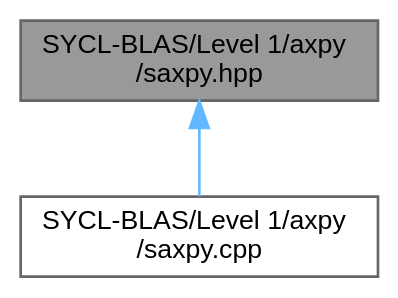
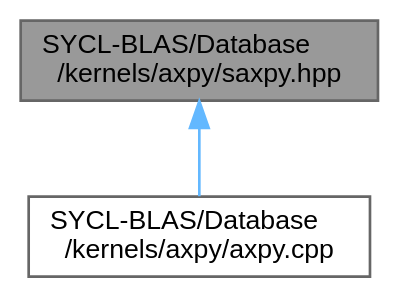
Before and after one commit to Mayukh-Banik/SYCL-BLAS: the diagram in docs/saxpy_8hpp__dep__incl.dot, drawn with Graphviz. The commit also changed 261 other files, not shown here.

```diff
--- a/docs/saxpy_8hpp__dep__incl.dot
+++ b/docs/saxpy_8hpp__dep__incl.dot
@@ -1,10 +1,10 @@
-digraph "SYCL-BLAS/Level 1/axpy/saxpy.hpp"
+digraph "SYCL-BLAS/Database/kernels/axpy/saxpy.hpp"
 {
  // LATEX_PDF_SIZE
   bgcolor="transparent";
   edge [fontname=Helvetica,fontsize=10,labelfontname=Helvetica,labelfontsize=10];
   node [fontname=Helvetica,fontsize=10,shape=box,height=0.2,width=0.4];
-  Node1 [id="Node000001",label="SYCL-BLAS/Level 1/axpy\l/saxpy.hpp",height=0.2,width=0.4,color="gray40", fillcolor="grey60", style="filled", fontcolor="black",tooltip=" "];
+  Node1 [id="Node000001",label="SYCL-BLAS/Database\l/kernels/axpy/saxpy.hpp",height=0.2,width=0.4,color="gray40", fillcolor="grey60", style="filled", fontcolor="black",tooltip=" "];
   Node1 -> Node2 [id="edge1_Node000001_Node000002",dir="back",color="steelblue1",style="solid",tooltip=" "];
-  Node2 [id="Node000002",label="SYCL-BLAS/Level 1/axpy\l/saxpy.cpp",height=0.2,width=0.4,color="grey40", fillcolor="white", style="filled",URL="$saxpy_8cpp.html",tooltip=" "];
+  Node2 [id="Node000002",label="SYCL-BLAS/Database\l/kernels/axpy/axpy.cpp",height=0.2,width=0.4,color="grey40", fillcolor="white", style="filled",URL="$Database_2kernels_2axpy_2axpy_8cpp.html",tooltip=" "];
 }
```
